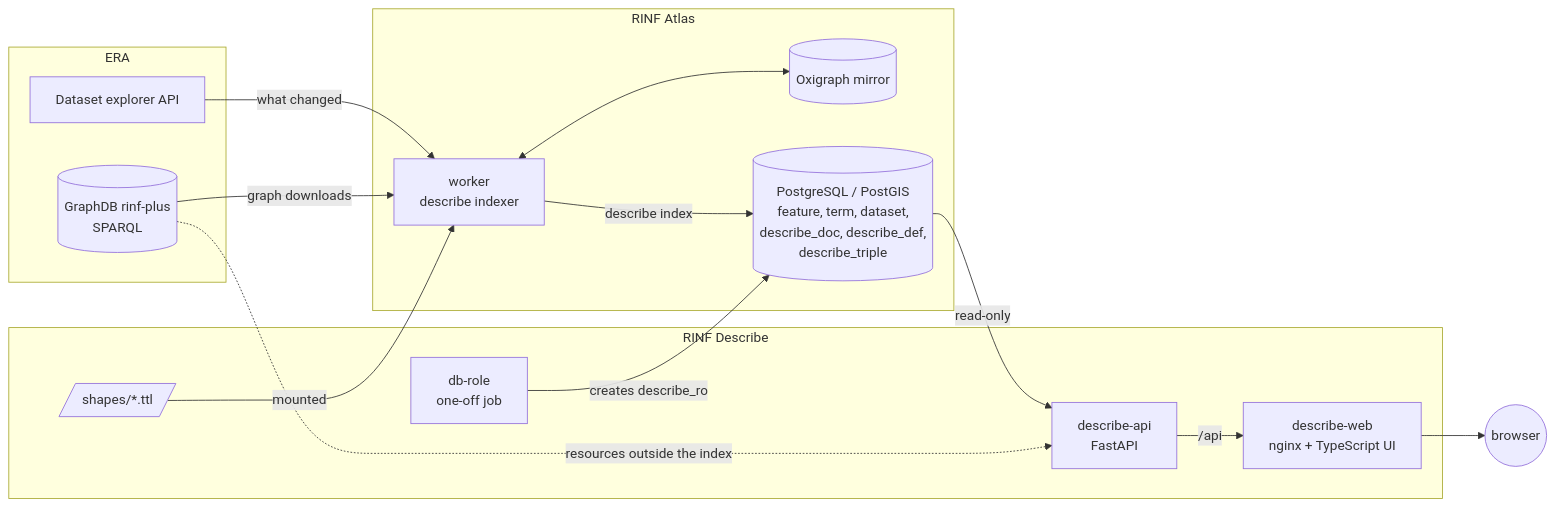
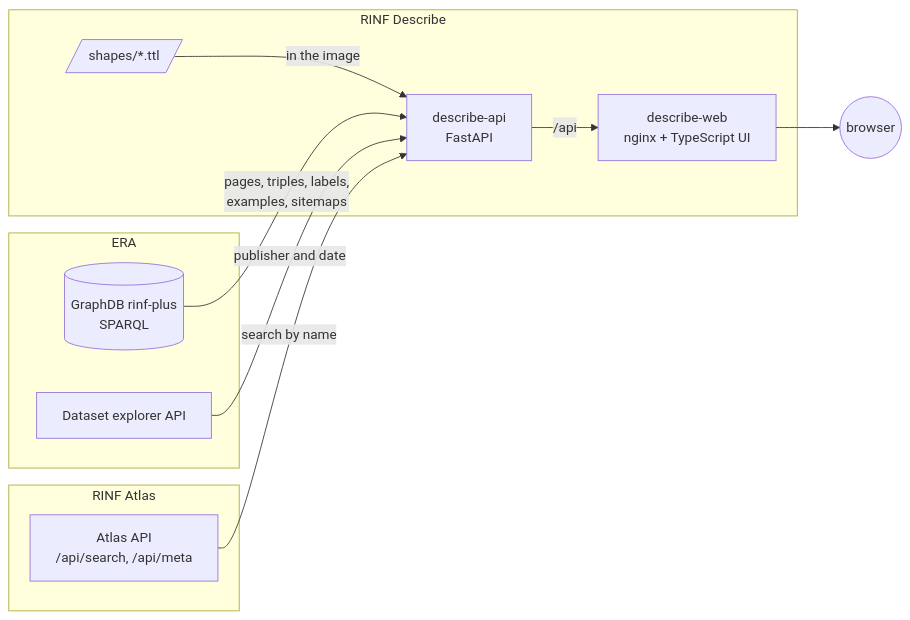
One commit to Matdata-eu/rinf-describe changed the diagram in docs/architecture.md. Above: the diagram before and after it, drawn with Mermaid. The commit also changed other lines of this file and 33 other files, not shown here.

First line of the commit message:
refactor!: build every page live, without the describe index

````diff
--- a/docs/architecture.md
+++ b/docs/architecture.md
@@ -8,28 +8,21 @@
 ```mermaid
 flowchart LR
   subgraph ERA
     EXP[Dataset explorer API]
     GDB[(GraphDB rinf-plus<br/>SPARQL)]
   end
   subgraph RINF Atlas
-    W[worker<br/>describe indexer]
-    M[(Oxigraph mirror)]
-    DB[(PostgreSQL / PostGIS<br/>feature, term, dataset,<br/>describe_doc, describe_def,<br/>describe_triple)]
+    AAPI[Atlas API<br/>/api/search, /api/meta]
   end
   subgraph RINF Describe
     S[/shapes/*.ttl/]
-    R[db-role<br/>one-off job]
     API[describe-api<br/>FastAPI]
     WEB[describe-web<br/>nginx + TypeScript UI]
   end
-  EXP -- what changed --> W
-  GDB -- graph downloads --> W
-  W <--> M
-  S -- mounted --> W
-  W -- describe index --> DB
-  R -- creates describe_ro --> DB
-  DB -- read-only --> API
-  GDB -. resources outside the index .-> API
+  S -- in the image --> API
+  GDB -- pages, triples, labels,<br/>examples, sitemaps --> API
+  EXP -- publisher and date --> API
+  AAPI -- search by name --> API
   API -- /api --> WEB
   WEB --> U((browser))
 ```
````
